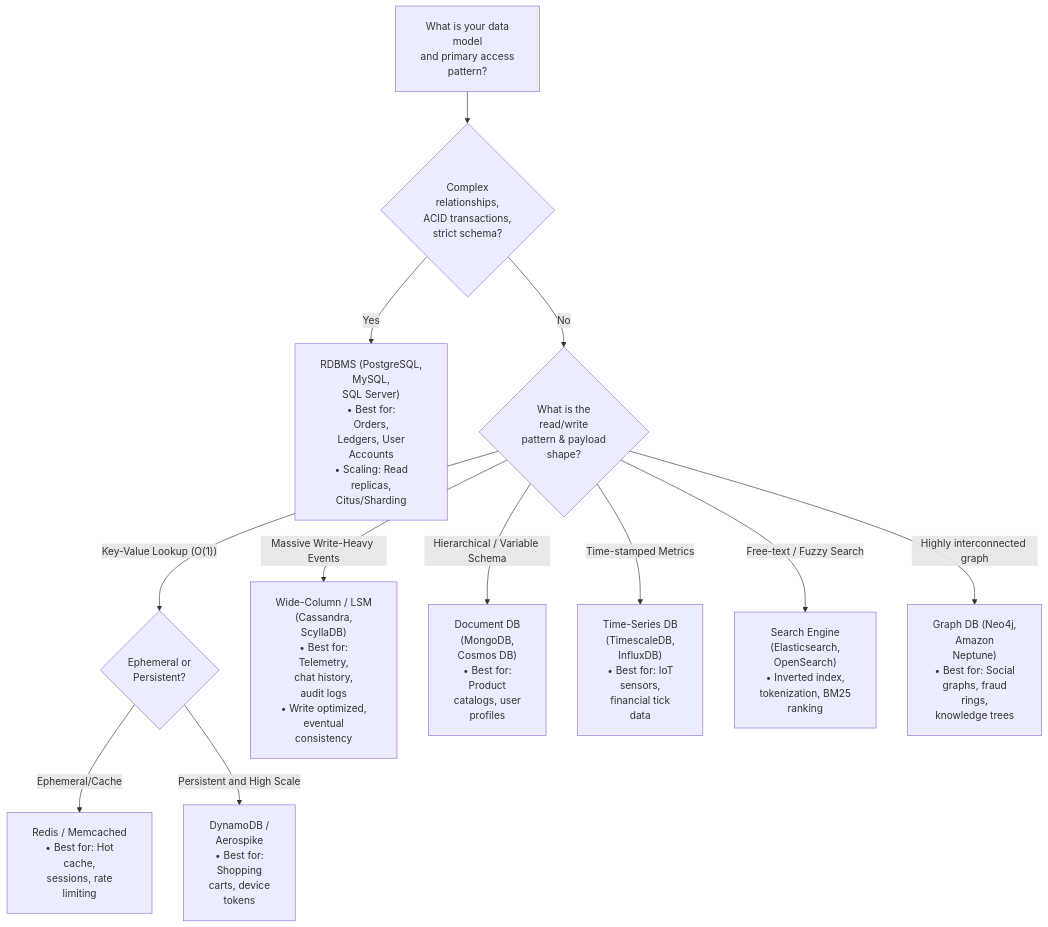
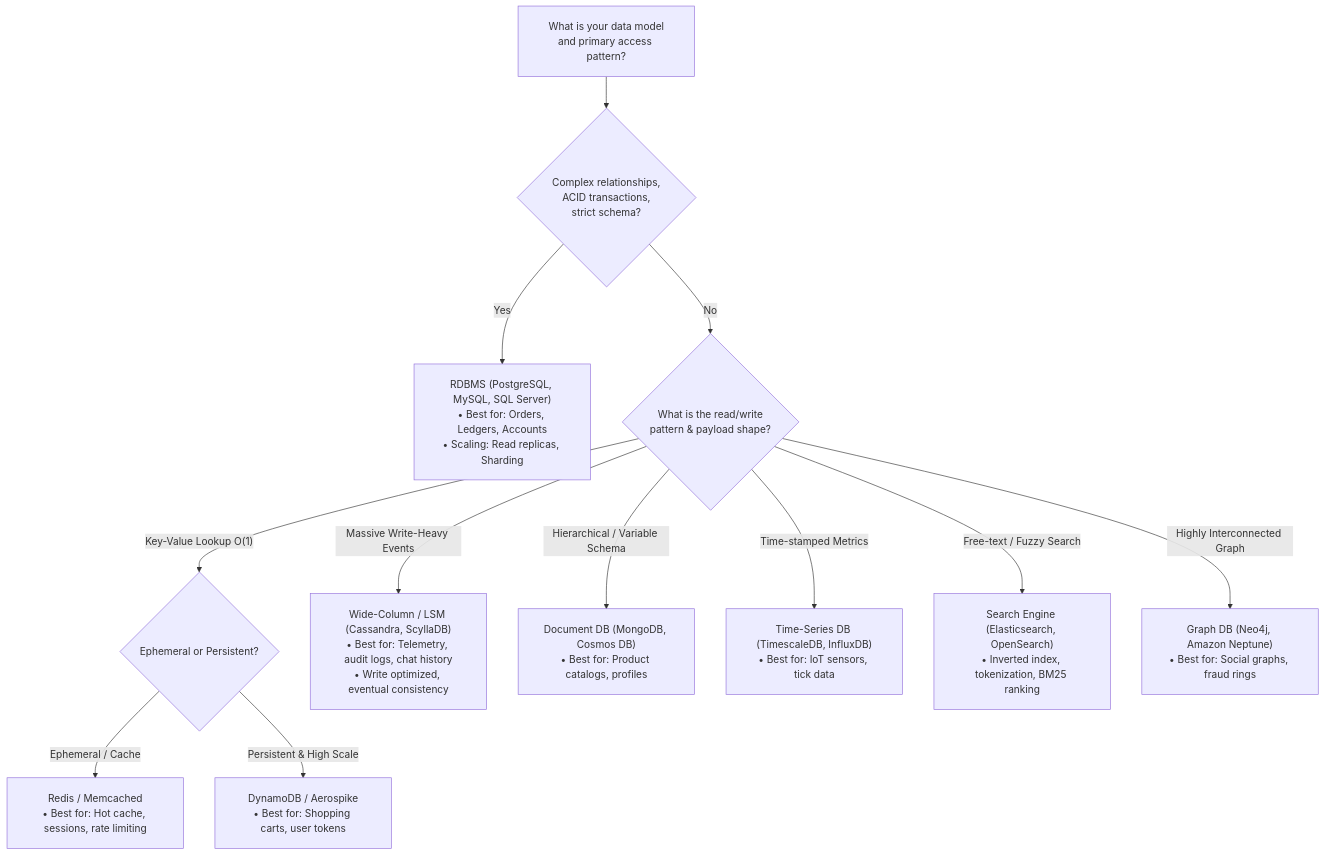
Before and after one commit to dip4k/DSA_102: the second of 3 diagrams in LLD/00_Core_Concepts/10_Interview_Quick_Reference_and_Checklists.md, drawn with Mermaid. The commit also changed other lines of this file and 50 other files, not shown here.

````diff
--- a/LLD/00_Core_Concepts/10_Interview_Quick_Reference_and_Checklists.md
+++ b/LLD/00_Core_Concepts/10_Interview_Quick_Reference_and_Checklists.md
@@ -87,21 +92,18 @@
 ```mermaid
 %%{init: {"flowchart": {"htmlLabels": true, "padding": 20}, "themeCSS": "foreignObject { overflow: visible !important; }"}}%%
 flowchart TD
-    Start["What is your data<br/>model<br/>and primary access<br/>pattern?"] --> Rel{"Complex<br/>relationships,<br/>ACID transactions,<br/>strict schema?"}
-    Rel -->|"Yes"| SQL["RDBMS (PostgreSQL,<br/>MySQL,<br/>SQL Server)<br/>• Best for:<br/>Orders,<br/>Ledgers, User<br/>Accounts<br/>• Scaling: Read<br/>replicas,<br/>Citus/Sharding"]
-    Rel -->|"No"| Access{"What is the<br/>read/write<br/>pattern & payload<br/>shape?"}
+    Start["What is your data model<br/>and primary access pattern?"] --> Rel{"Complex relationships,<br/>ACID transactions,<br/>strict schema?"}
+    
+    Rel -->|"Yes"| SQL["RDBMS (PostgreSQL, MySQL, SQL Server)<br/>• Best for: Orders, Ledgers, Accounts<br/>• Scaling: Read replicas, Sharding"]
+    Rel -->|"No"| Access{"What is the read/write<br/>pattern & payload shape?"}
 
-    Access -->|"Key-Value Lookup (O(1)) "| KV{"Ephemeral or<br/>Persistent?"}
-    KV -->|"Ephemeral/Cache"| Redis["Redis / Memcached<br/>• Best for: Hot<br/>cache,<br/>sessions, rate<br/>limiting"]
-    KV -->|"Persistent and High Scale"| Dynamo["DynamoDB /<br/>Aerospike<br/>• Best for:<br/>Shopping<br/>carts, device<br/>tokens"]
+    Access -->|"Key-Value Lookup O(1)"| KV{"Ephemeral or Persistent?"}
+    KV -->|"Ephemeral / Cache"| Redis["Redis / Memcached<br/>• Best for: Hot cache, sessions, rate limiting"]
+    KV -->|"Persistent & High Scale"| Dynamo["DynamoDB / Aerospike<br/>• Best for: Shopping carts, user tokens"]
 
-    Access -- Massive Write-Heavy Events --> LSM["Wide-Column / LSM<br/>(Cassandra,<br/>ScyllaDB)<br/>• Best for:<br/>Telemetry,<br/>chat history,<br/>audit logs<br/>• Write optimized,<br/>eventual<br/>consistency"]
-
-    Access -->|"Hierarchical / Variable Schema"| Doc["Document DB<br/>(MongoDB,<br/>Cosmos DB)<br/>• Best for:<br/>Product<br/>catalogs, user<br/>profiles"]
-
-    Access -- Time-stamped Metrics --> TS["Time-Series DB<br/>(TimescaleDB,<br/>InfluxDB)<br/>• Best for: IoT<br/>sensors,<br/>financial tick<br/>data"]
-
-    Access -- Free-text / Fuzzy Search --> Search["Search Engine<br/>(Elasticsearch,<br/>OpenSearch)<br/>• Inverted index,<br/>tokenization, BM25<br/>ranking"]
-
-    Access -->|"Highly interconnected graph"| Graph["Graph DB (Neo4j,<br/>Amazon<br/>Neptune)<br/>• Best for: Social<br/>graphs, fraud<br/>rings,<br/>knowledge trees"]
+    Access -->|"Massive Write-Heavy Events"| LSM["Wide-Column / LSM (Cassandra, ScyllaDB)<br/>• Best for: Telemetry, audit logs, chat history<br/>• Write optimized, eventual consistency"]
+    Access -->|"Hierarchical / Variable Schema"| Doc["Document DB (MongoDB, Cosmos DB)<br/>• Best for: Product catalogs, profiles"]
+    Access -->|"Time-stamped Metrics"| TS["Time-Series DB (TimescaleDB, InfluxDB)<br/>• Best for: IoT sensors, tick data"]
+    Access -->|"Free-text / Fuzzy Search"| Search["Search Engine (Elasticsearch, OpenSearch)<br/>• Inverted index, tokenization, BM25 ranking"]
+    Access -->|"Highly Interconnected Graph"| Graph["Graph DB (Neo4j, Amazon Neptune)<br/>• Best for: Social graphs, fraud rings"]
 ```
````
